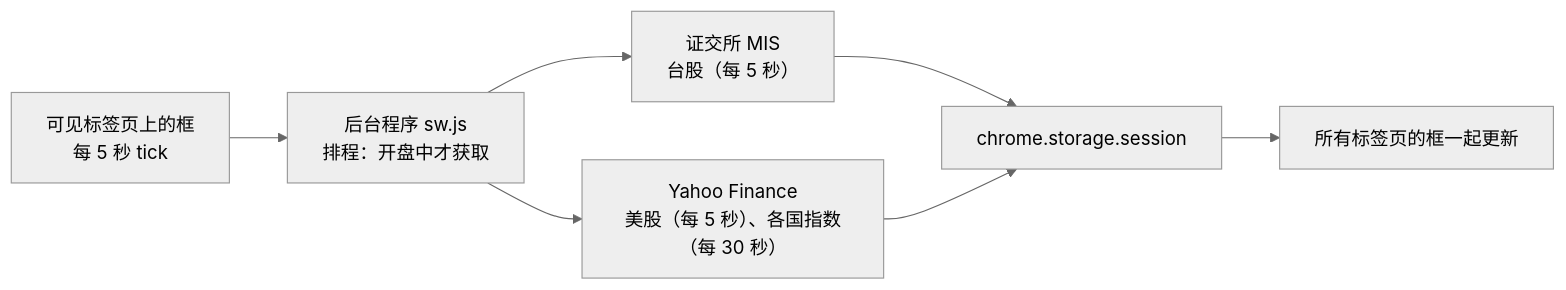
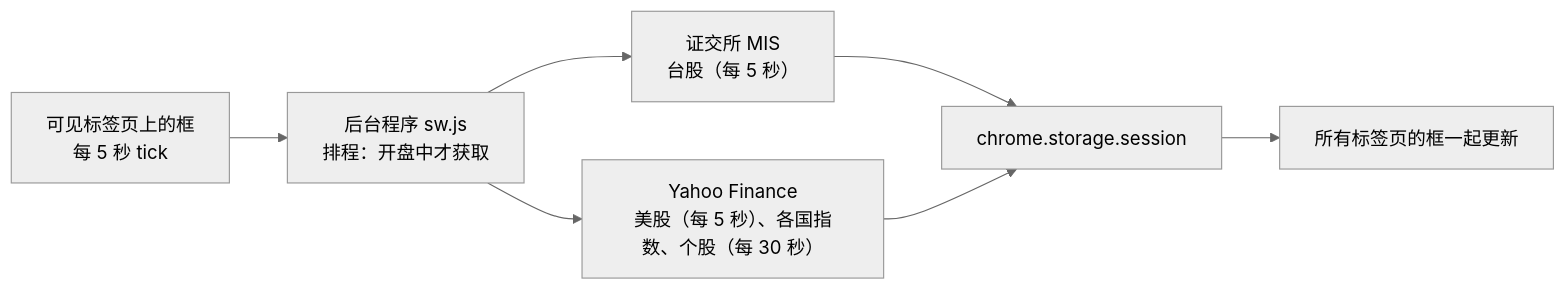
The diagram in README.zh-Hans.md (Ashur5457/PeekaStock), drawn with Mermaid (neutral theme) before and after one commit. The commit also changed other lines of this file and 18 other files, not shown here.

````diff
--- a/README.zh-Hans.md
+++ b/README.zh-Hans.md
@@ -62,9 +65,9 @@
 ```mermaid
 flowchart LR
   BOX["可见标签页上的框<br/>每 5 秒 tick"] --> SW["后台程序 sw.js<br/>排程：开盘中才获取"]
   SW --> MIS["证交所 MIS<br/>台股（每 5 秒）"]
-  SW --> YF["Yahoo Finance<br/>美股（每 5 秒）、各国指数（每 30 秒）"]
+  SW --> YF["Yahoo Finance<br/>美股（每 5 秒）、各国指数、个股（每 30 秒）"]
   MIS --> ST["chrome.storage.session"]
   YF --> ST
   ST --> ALL["所有标签页的框一起更新"]
 ```
````
